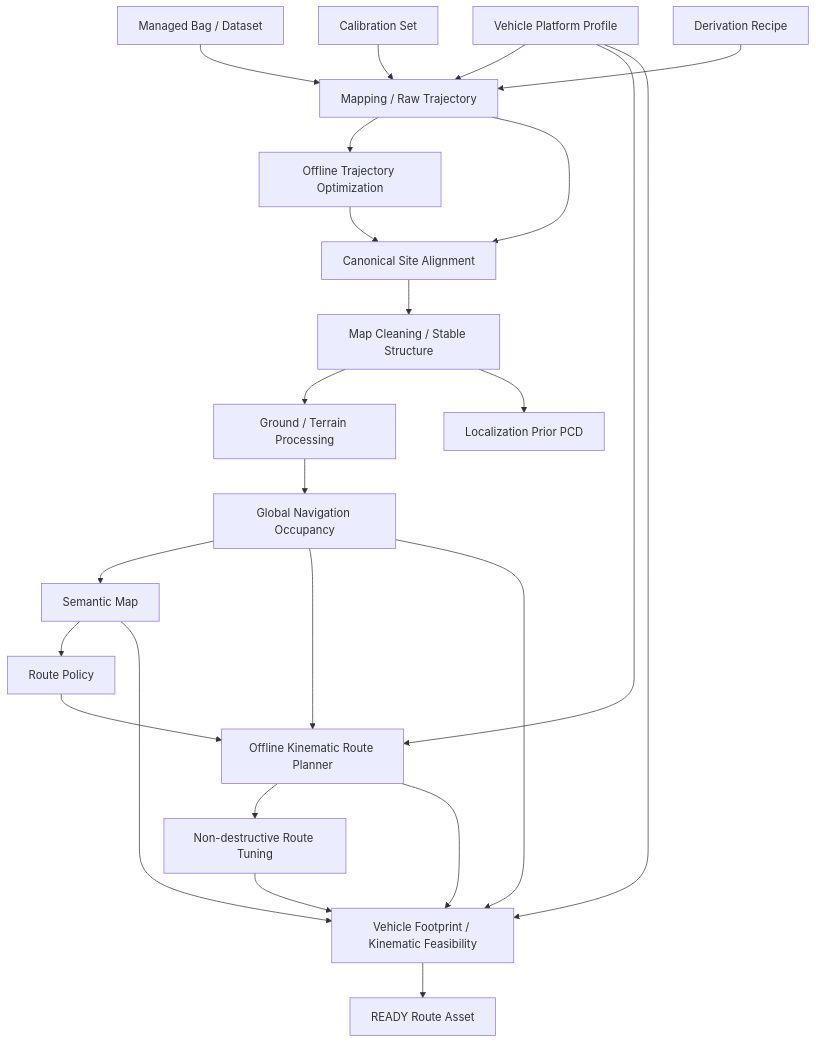
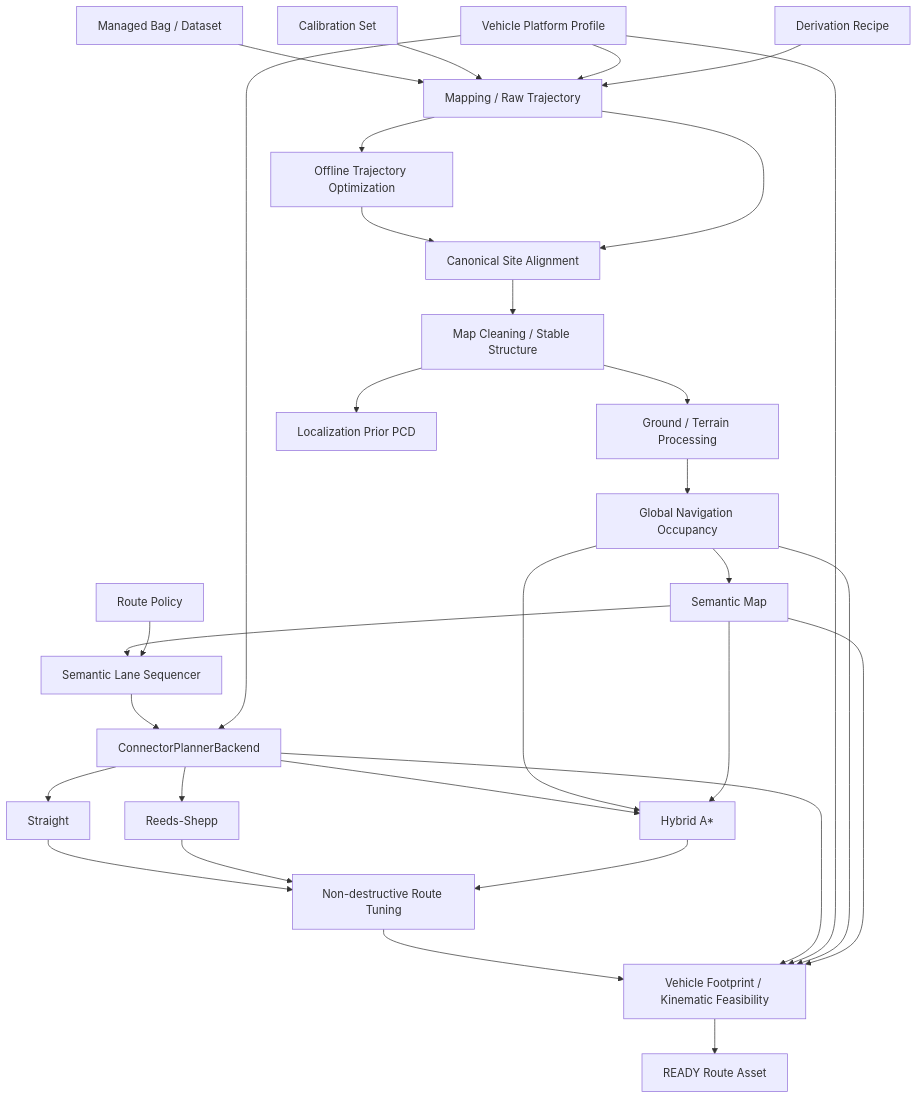
One commit to Aldoubt/agt_navigation_v2 changed the diagram in docs/architecture/offline_asset_pipeline.md. Above: the diagram before and after it, drawn with Mermaid. The commit also changed 10 other files, not shown here.

````diff
--- a/docs/architecture/offline_asset_pipeline.md
+++ b/docs/architecture/offline_asset_pipeline.md
@@ -5,46 +5,57 @@
 ```mermaid
 flowchart TD
   BAG["Managed Bag / Dataset"]
   CAL["Calibration Set"]
   PROFILE["Vehicle Platform Profile"]
   RECIPE["Derivation Recipe"]
 
   MAP["Mapping / Raw Trajectory"]
   OPT["Offline Trajectory Optimization"]
   ALIGN["Canonical Site Alignment"]
   CLEAN["Map Cleaning / Stable Structure"]
   GROUND["Ground / Terrain Processing"]
 
   PRIOR["Localization Prior PCD"]
   OCC["Global Navigation Occupancy"]
   SEM["Semantic Map"]
   POLICY["Route Policy"]
-  PLAN["Offline Kinematic Route Planner"]
+  LANES["Semantic Lane Sequencer"]
+  PLAN["ConnectorPlannerBackend"]
+  STRAIGHT["Straight"]
+  RS["Reeds-Shepp"]
+  HYBRID["Hybrid A*"]
   TUNE["Non-destructive Route Tuning"]
   FEAS["Vehicle Footprint / Kinematic Feasibility"]
   ROUTE["READY Route Asset"]
 
   BAG --> MAP
   CAL --> MAP
   PROFILE --> MAP
   RECIPE --> MAP
   MAP --> OPT
   OPT --> ALIGN
   MAP --> ALIGN
   ALIGN --> CLEAN
   CLEAN --> GROUND
   CLEAN --> PRIOR
   GROUND --> OCC
   OCC --> SEM
-  SEM --> POLICY
-  OCC --> PLAN
-  POLICY --> PLAN
+  SEM --> LANES
+  POLICY --> LANES
+  LANES --> PLAN
+  PLAN --> STRAIGHT
+  PLAN --> RS
+  PLAN --> HYBRID
+  OCC --> HYBRID
+  SEM --> HYBRID
   PROFILE --> PLAN
-  PLAN --> TUNE
+  STRAIGHT --> TUNE
+  RS --> TUNE
+  HYBRID --> TUNE
   TUNE --> FEAS
   PLAN --> FEAS
   PROFILE --> FEAS
   OCC --> FEAS
   SEM --> FEAS
   FEAS --> ROUTE
 ```
````
